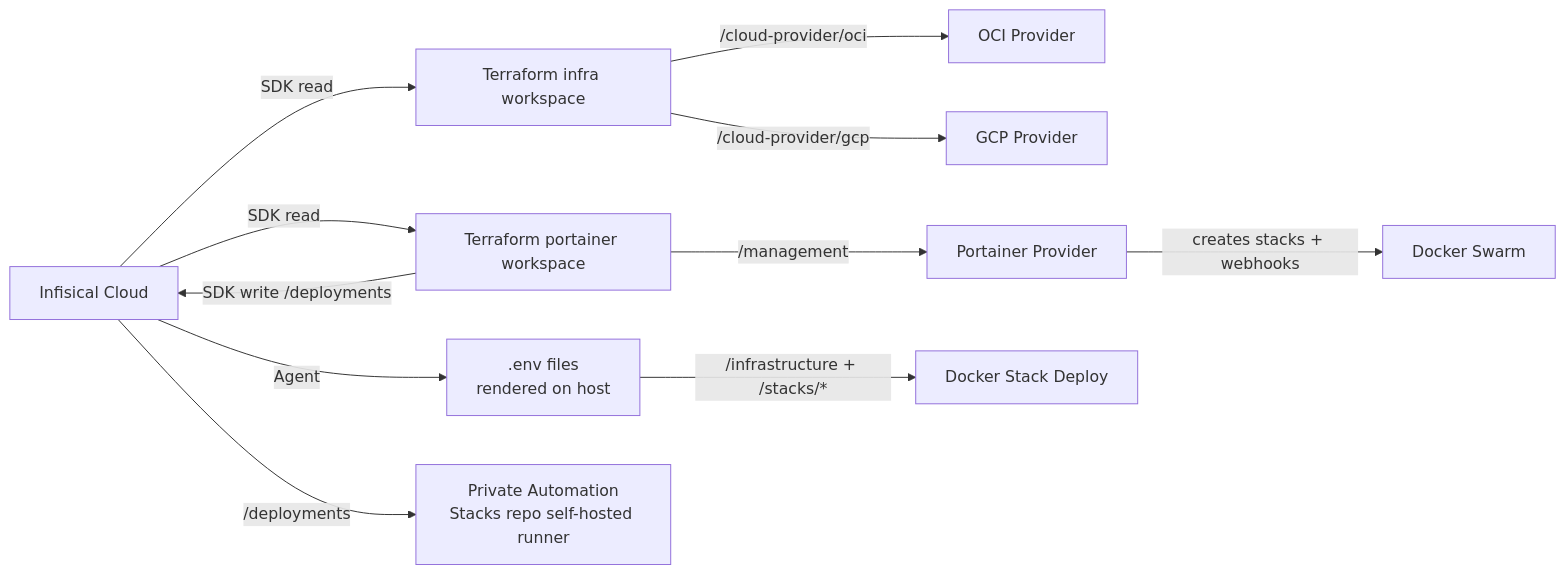
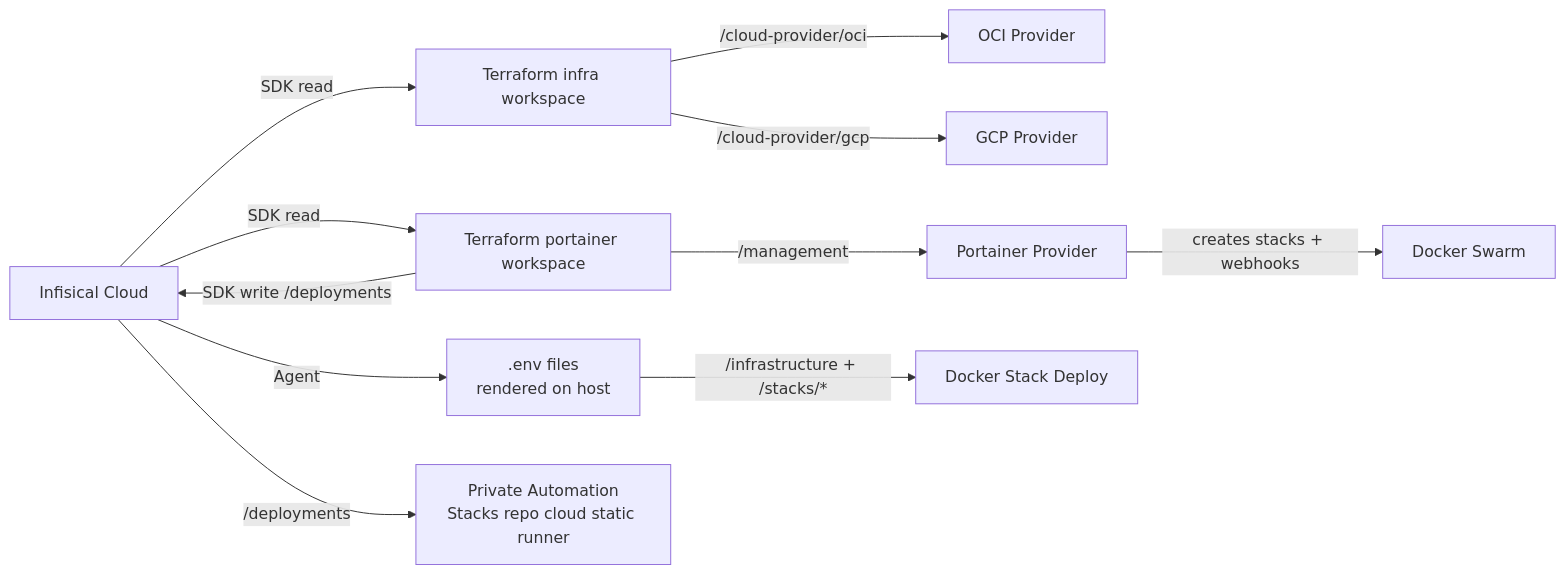
One commit to JoseStud/GoodOldMeServer changed the diagram in docs/infisical-workflow.md. Above: the diagram before and after it, drawn with Mermaid. The commit also changed other lines of this file and 32 other files, not shown here.

````diff
--- a/docs/infisical-workflow.md
+++ b/docs/infisical-workflow.md
@@ -9,13 +9,13 @@
 ```mermaid
 flowchart LR
     INF[Infisical Cloud] -->|SDK read| TFI[Terraform infra workspace]
     INF -->|SDK read| TFP[Terraform portainer workspace]
     TFI -->|/cloud-provider/oci| OCI[OCI Provider]
     TFI -->|/cloud-provider/gcp| GCP[GCP Provider]
     TFP -->|/management| PORT[Portainer Provider]
     PORT -->|creates stacks + webhooks| SWARM[Docker Swarm]
     TFP -->|SDK write /deployments| INF
     INF -->|Agent| ENV[.env files<br/>rendered on host]
     ENV -->|/infrastructure + /stacks/*| STACKS[Docker Stack Deploy]
-    INF -->|/deployments| AUTO[Private Automation<br/>Stacks repo self-hosted runner]
+    INF -->|/deployments| AUTO[Private Automation<br/>Stacks repo cloud static runner]
 ```
````
